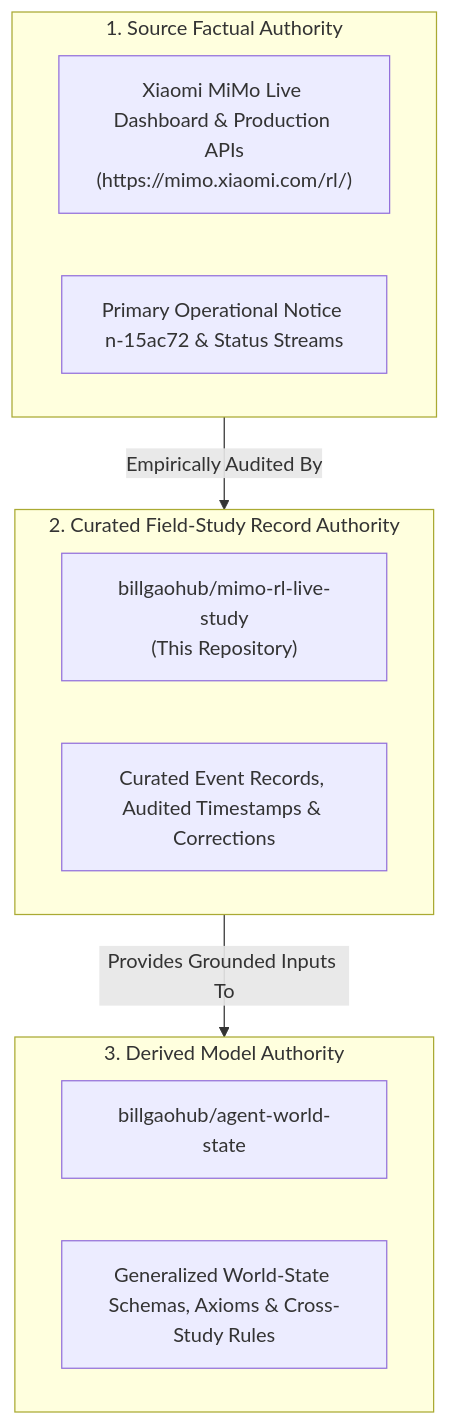
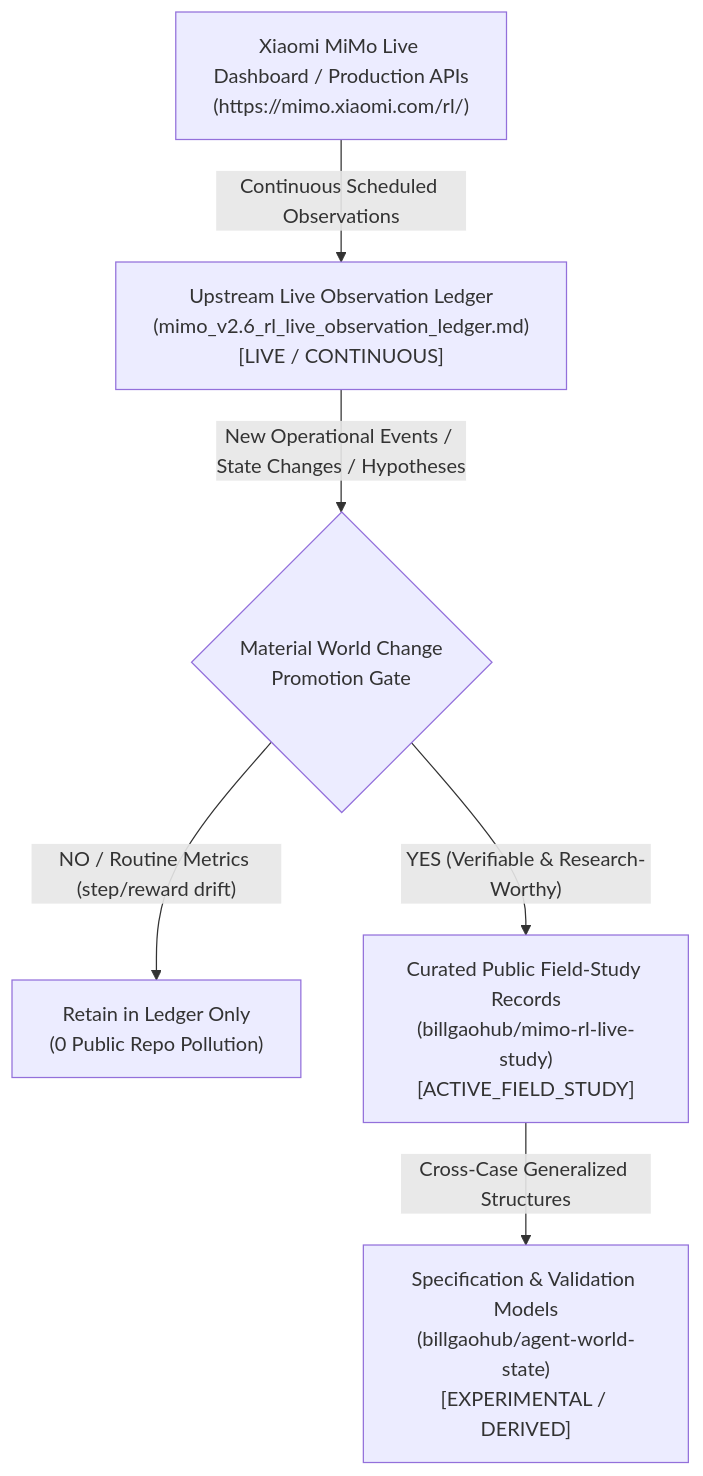
One commit to billgaohub/mimo-rl-live-study changed the diagram in README.md. Above: the diagram before and after it, drawn with Mermaid. The commit also changed other lines of this file and 1 other file, not shown here.

First line of the commit message:
docs: codify upstream observation ledger authority and promotion gate

````diff
--- a/README.md
+++ b/README.md
@@ -30,20 +31,12 @@
 ```mermaid
 flowchart TD
-    subgraph Source_Tier ["1. Source Factual Authority"]
-        S1["Xiaomi MiMo Live Dashboard & Production APIs<br/>(https://mimo.xiaomi.com/rl/)"]
-        S2["Primary Operational Notice n-15ac72 & Status Streams"]
-    end
-
-    subgraph Record_Tier ["2. Curated Field-Study Record Authority"]
-        R1["billgaohub/mimo-rl-live-study<br/>(This Repository)"]
-        R2["Curated Event Records, Audited Timestamps & Corrections"]
-    end
-
-    subgraph Model_Tier ["3. Derived Model Authority"]
-        M1["billgaohub/agent-world-state"]
-        M2["Generalized World-State Schemas, Axioms & Cross-Study Rules"]
-    end
-
-    Source_Tier -->|"Empirically Audited By"| Record_Tier
-    Record_Tier -->|"Provides Grounded Inputs To"| Model_Tier
+    S["Xiaomi MiMo Live Dashboard / Production APIs<br/>(https://mimo.xiaomi.com/rl/)"]
+    -->|"Continuous Scheduled Observations"| L["Upstream Live Observation Ledger<br/>(mimo_v2.6_rl_live_observation_ledger.md)<br/>[LIVE / CONTINUOUS]"]
+    
+    L -->|"New Operational Events / State Changes / Hypotheses"| G{"Material World Change<br/>Promotion Gate"}
+    
+    G -- "NO / Routine Metrics (step/reward drift)" --> L_ONLY["Retain in Ledger Only<br/>(0 Public Repo Pollution)"]
+    G -- "YES (Verifiable & Research-Worthy)" --> R["Curated Public Field-Study Records<br/>(billgaohub/mimo-rl-live-study)<br/>[ACTIVE_FIELD_STUDY]"]
+    
+    R -->|"Cross-Case Generalized Structures"| M["Specification & Validation Models<br/>(billgaohub/agent-world-state)<br/>[EXPERIMENTAL / DERIVED]"]
 ```
````
